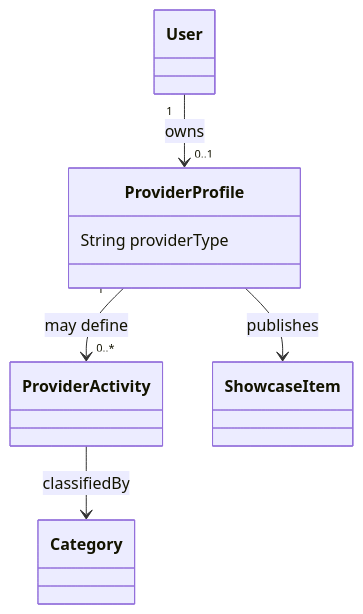
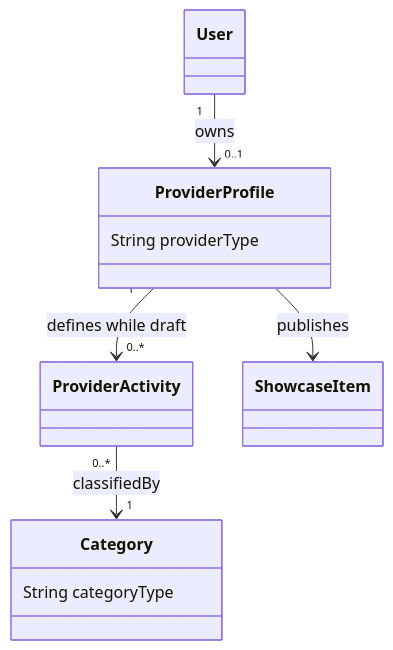
Before and after one commit to Yadd-SanaaUniversityGraduationProject/yadd: the diagram in docs/03-analysis/19-provider-activity-model.md, drawn with Mermaid. The commit also changed other lines of this file, not shown here.

Commit message:
sync(provider-activity): resolve category multiplicity

````diff
--- a/docs/03-analysis/19-provider-activity-model.md
+++ b/docs/03-analysis/19-provider-activity-model.md
@@ -72,15 +76,17 @@
 ```mermaid
 classDiagram
     class User
     class ProviderProfile {
         String providerType
     }
     class ProviderActivity
-    class Category
+    class Category {
+        String categoryType
+    }
     class ShowcaseItem
 
     User "1" --> "0..1" ProviderProfile : owns
-    ProviderProfile "1" --> "0..*" ProviderActivity : may define
-    ProviderActivity --> Category : classifiedBy
+    ProviderProfile "1" --> "0..*" ProviderActivity : defines while draft
+    ProviderActivity "0..*" --> "1" Category : classifiedBy
     ProviderProfile --> ShowcaseItem : publishes
 ```
````
